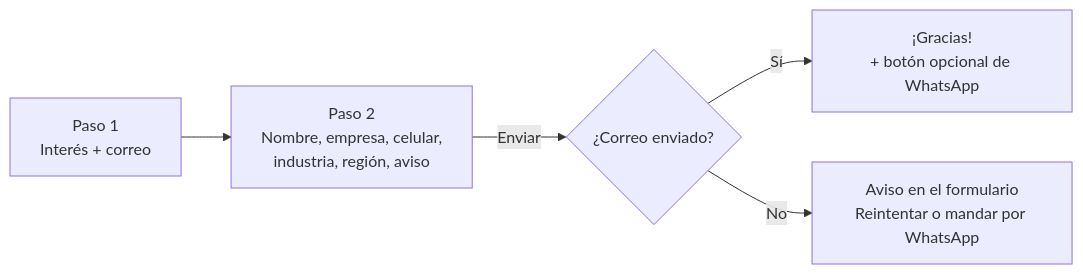
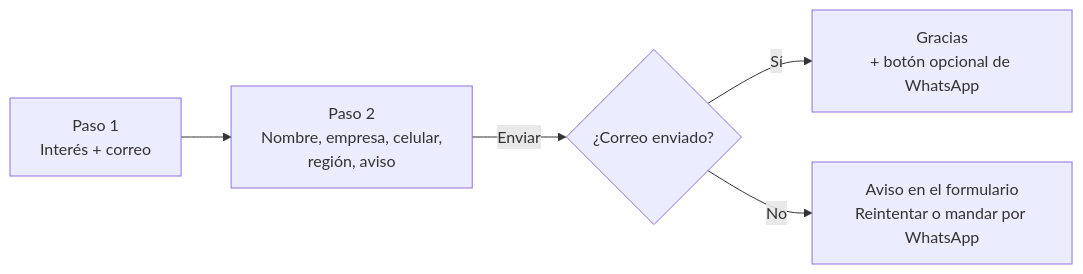
One commit to emilianogonr21-source/CADGRAFICS_pag_web changed the diagram in docs/README.md. Above: the diagram before and after it, drawn with Mermaid. The commit also changed other lines of this file and 13 other files, not shown here.

````diff
--- a/docs/README.md
+++ b/docs/README.md
@@ -181,7 +186,7 @@
 ```mermaid
 flowchart LR
-  A[Paso 1<br>Interés + correo] --> B[Paso 2<br>Nombre, empresa, celular,<br>industria, región, aviso]
+  A[Paso 1<br>Interés + correo] --> B[Paso 2<br>Nombre, empresa, celular,<br>región, aviso]
   B -->|Enviar| C{¿Correo enviado?}
-  C -->|Sí| D[¡Gracias!<br>+ botón opcional de WhatsApp]
+  C -->|Sí| D[Gracias<br>+ botón opcional de WhatsApp]
   C -->|No| E[Aviso en el formulario<br>Reintentar o mandar por WhatsApp]
 ```
````
